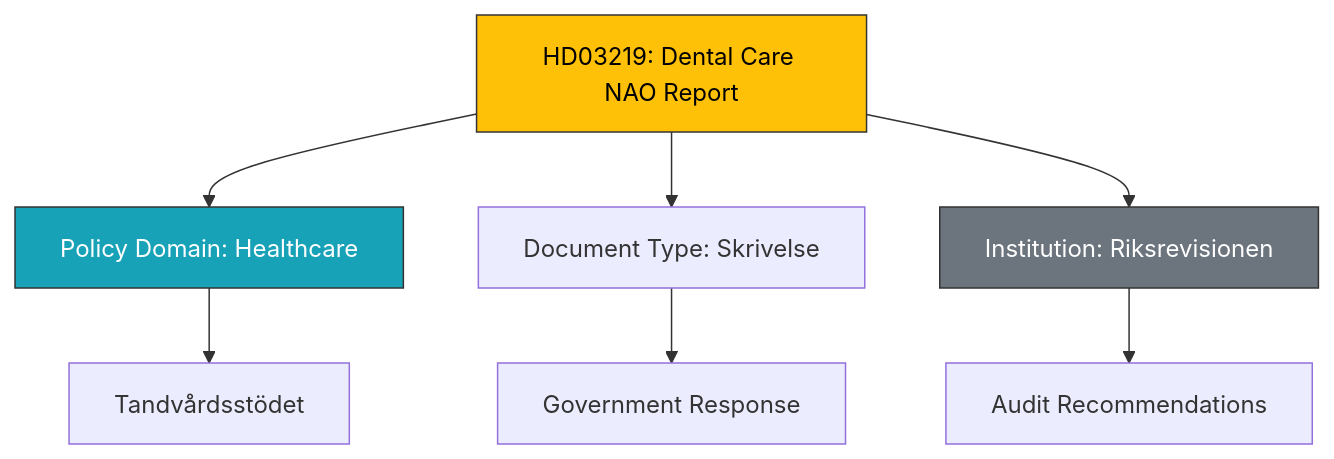
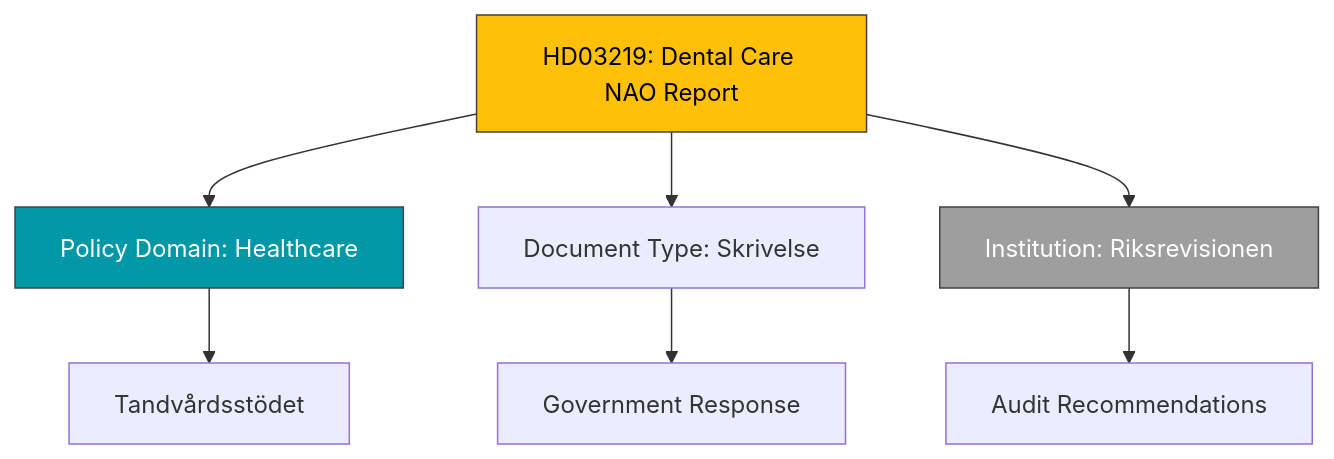
The diagram in analysis/daily/2026-04-08/realtime-1146/documents/hd03219-analysis.md (Hack23/riksdagsmonitor), drawn with Mermaid before and after one commit. The commit also changed 785 other files, not shown here.

First line of the commit message:
Normalize mermaid colors across 786 analysis artifacts to ISMS Style Guide palette

````diff
--- a/analysis/daily/2026-04-08/realtime-1146/documents/hd03219-analysis.md
+++ b/analysis/daily/2026-04-08/realtime-1146/documents/hd03219-analysis.md
@@ -27,12 +27,12 @@
 ```mermaid
 graph TD
     A["HD03219: Dental Care NAO Report"] --> B["Policy Domain: Healthcare"]
     A --> C["Document Type: Skrivelse"]
     A --> D["Institution: Riksrevisionen"]
     B --> E["Tandvårdsstödet"]
     C --> F["Government Response"]
     D --> G["Audit Recommendations"]
-    style A fill:#ffc107,stroke:#333,color:#000
-    style B fill:#17a2b8,stroke:#333,color:#fff
-    style D fill:#6c757d,stroke:#333,color:#fff
+    style A fill:#FFC107,stroke:#424242,color:#000000
+    style B fill:#0097A7,stroke:#424242,color:#FFFFFF
+    style D fill:#9E9E9E,stroke:#424242,color:#FFFFFF
 ```
````
